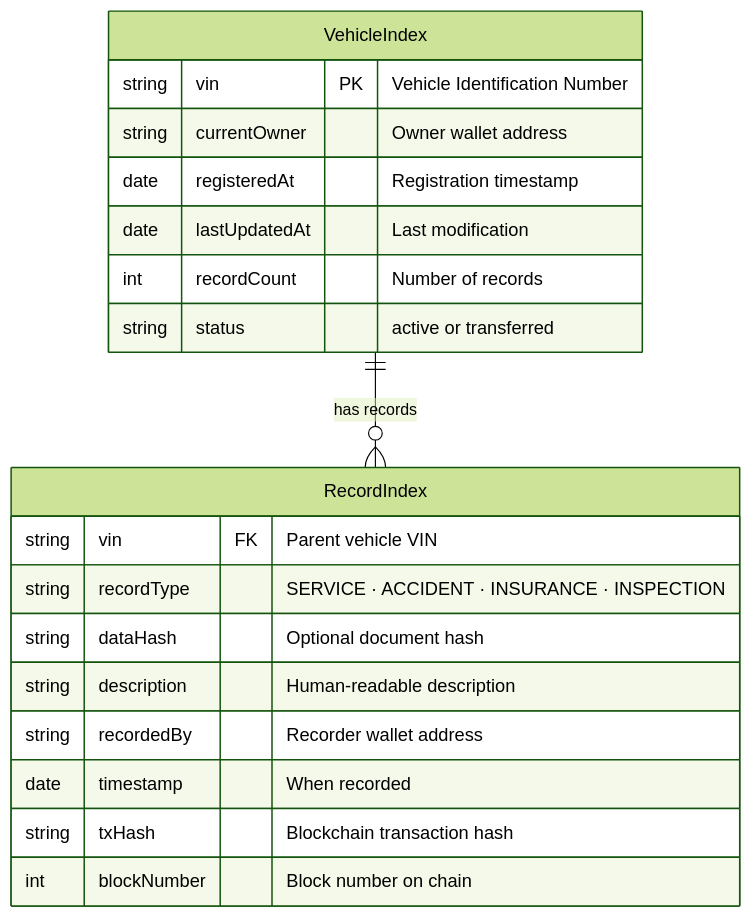
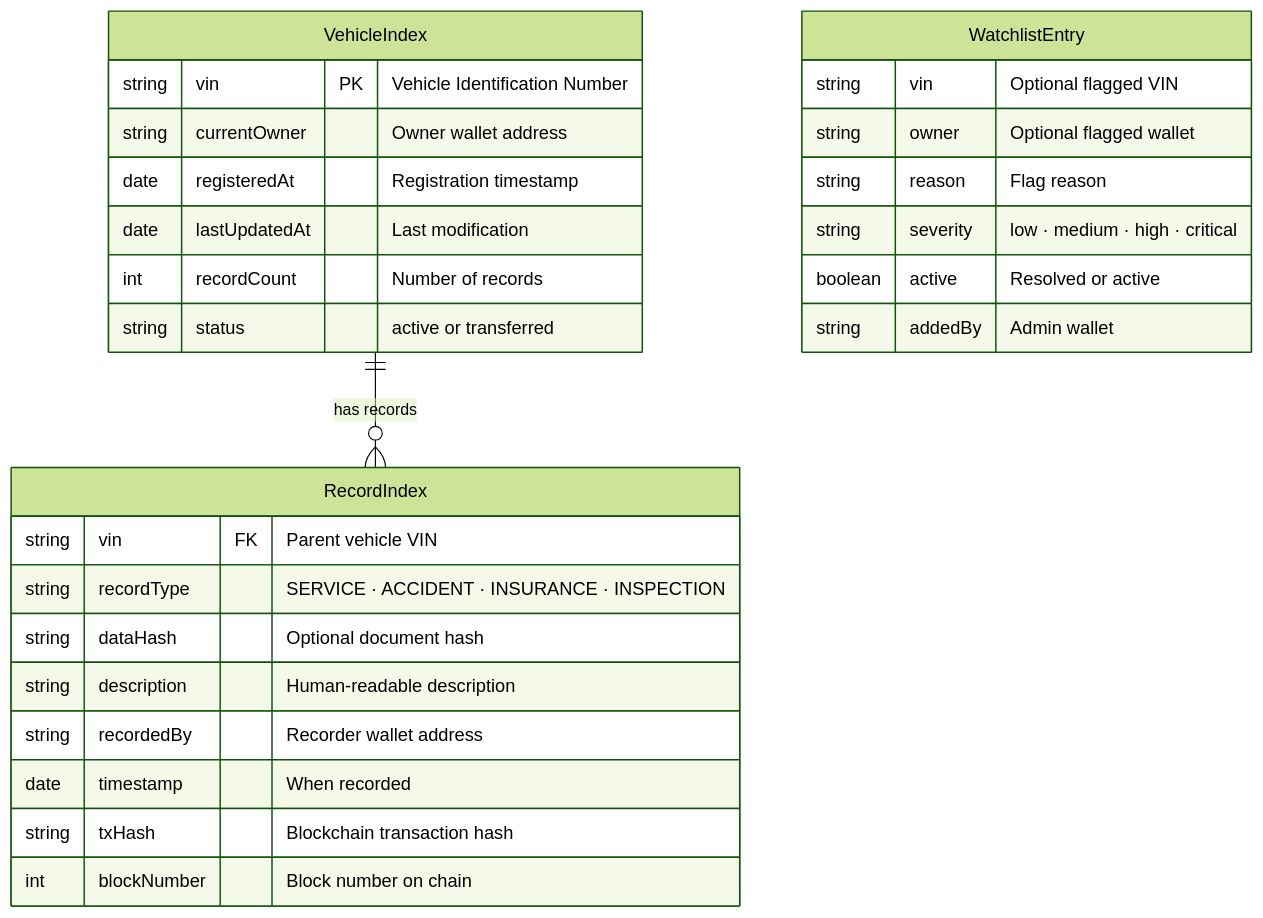
The tenth of 22 diagrams in DOCUMENTATION.md (suhas-developer07/vehichain), drawn with Mermaid (forest theme) before and after one commit. The commit also changed other lines of this file and 59 other files, not shown here.

````diff
--- a/DOCUMENTATION.md
+++ b/DOCUMENTATION.md
@@ -650,22 +690,30 @@
 ```mermaid
 erDiagram
     VehicleIndex ||--o{ RecordIndex : "has records"
     VehicleIndex {
         string vin PK "Vehicle Identification Number"
         string currentOwner "Owner wallet address"
         date registeredAt "Registration timestamp"
         date lastUpdatedAt "Last modification"
         int recordCount "Number of records"
         string status "active or transferred"
     }
     RecordIndex {
         string vin FK "Parent vehicle VIN"
         string recordType "SERVICE · ACCIDENT · INSURANCE · INSPECTION"
         string dataHash "Optional document hash"
         string description "Human-readable description"
         string recordedBy "Recorder wallet address"
         date timestamp "When recorded"
         string txHash "Blockchain transaction hash"
         int blockNumber "Block number on chain"
     }
+    WatchlistEntry {
+        string vin "Optional flagged VIN"
+        string owner "Optional flagged wallet"
+        string reason "Flag reason"
+        string severity "low · medium · high · critical"
+        boolean active "Resolved or active"
+        string addedBy "Admin wallet"
+    }
 ```
````
